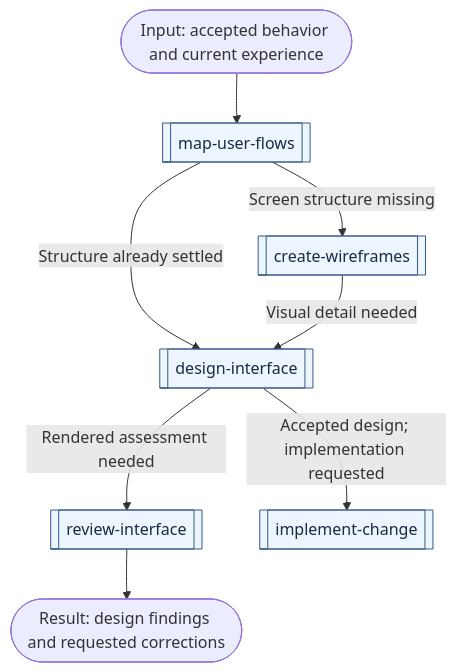
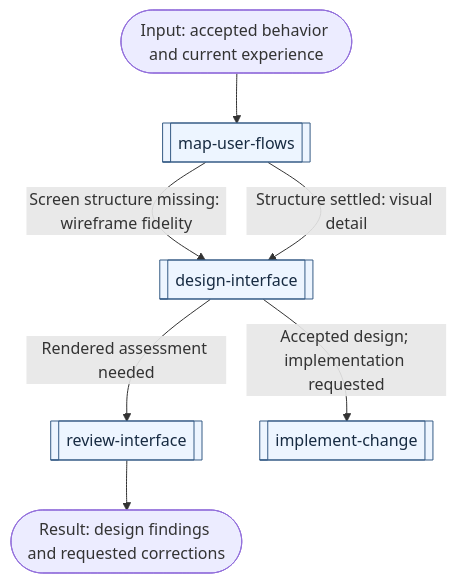
Before and after one commit to bobalazek/skills: the diagram in docs/workflows/ui-ux.md, drawn with Mermaid. The commit also changed other lines of this file and 67 other files, not shown here.

````diff
--- a/docs/workflows/ui-ux.md
+++ b/docs/workflows/ui-ux.md
@@ -11,12 +11,11 @@
 ```mermaid
 flowchart TD
   Criteria(["Input: accepted behavior and current experience"]) --> Flow[["map-user-flows"]]
-  Flow -->|Screen structure missing| Wire[["create-wireframes"]]
-  Flow -->|Structure already settled| Design[["design-interface"]]
-  Wire -->|Visual detail needed| Design
+  Flow -->|"Screen structure missing: wireframe fidelity"| Design[["design-interface"]]
+  Flow -->|"Structure settled: visual detail"| Design
   Design -->|Rendered assessment needed| Review[["review-interface"]]
   Review --> Result(["Result: design findings and requested corrections"])
   Design -->|Accepted design; implementation requested| Build[["implement-change"]]
   classDef skill fill:#edf5ff,stroke:#355b85,color:#172b42;
-  class Flow,Wire,Design,Review,Build skill;
+  class Flow,Design,Review,Build skill;
 ```
````
